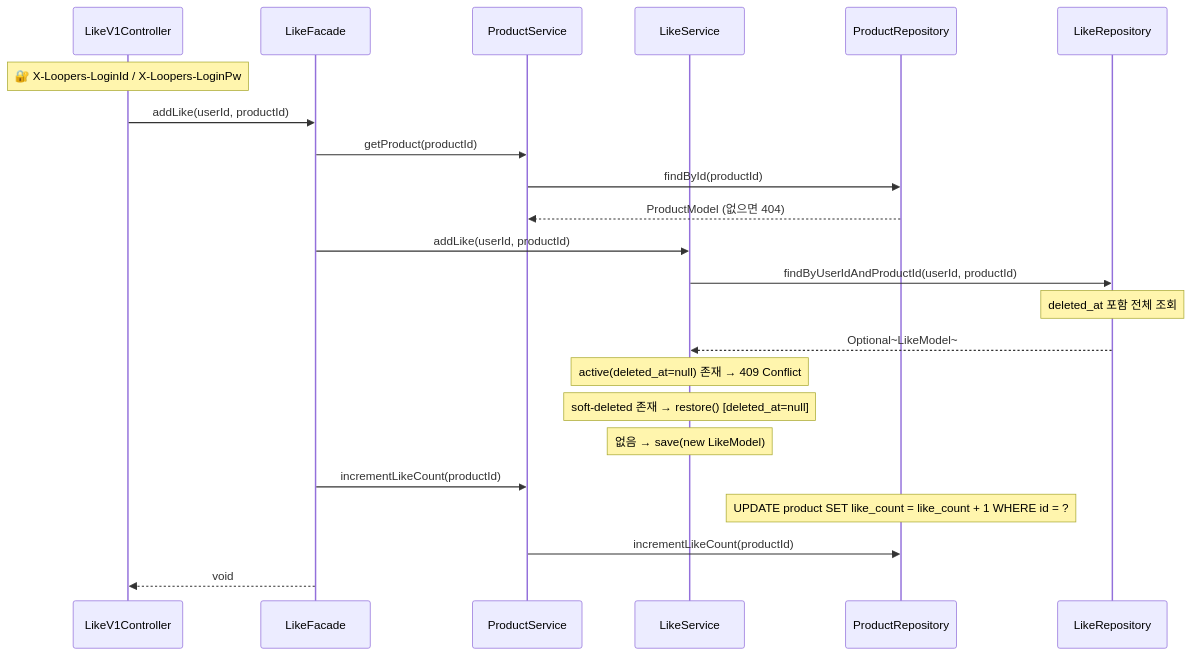
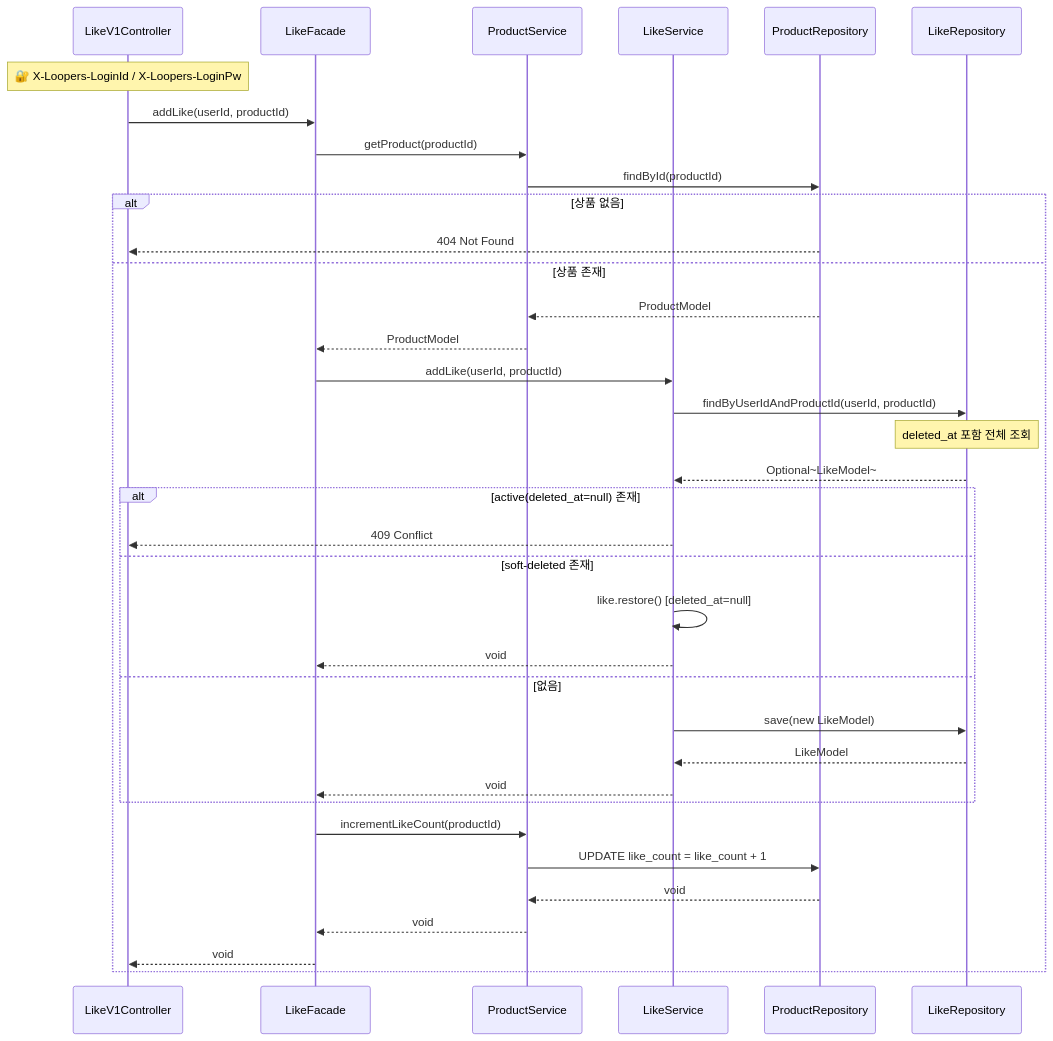
Before and after one commit to loopers-labs/loop-pack-be-l2-vol4-java: the seventh of 10 diagrams in docs/v3/sequence.md, drawn with Mermaid.

Commit message:
docs: 좋아요 등록 시퀀스 다이어그램 조건 분기 명시화

````diff
--- a/docs/v3/sequence.md
+++ b/docs/v3/sequence.md
@@ -162,29 +162,44 @@
 ```mermaid
 sequenceDiagram
     Note over LikeV1Controller: 🔐 X-Loopers-LoginId / X-Loopers-LoginPw
     participant LikeV1Controller
     participant LikeFacade
     participant ProductService
     participant LikeService
     participant ProductRepository
     participant LikeRepository
 
     LikeV1Controller->>LikeFacade: addLike(userId, productId)
     LikeFacade->>ProductService: getProduct(productId)
     ProductService->>ProductRepository: findById(productId)
-    ProductRepository-->>ProductService: ProductModel (없으면 404)
 
-    LikeFacade->>LikeService: addLike(userId, productId)
-    LikeService->>LikeRepository: findByUserIdAndProductId(userId, productId)
-    Note over LikeRepository: deleted_at 포함 전체 조회
-    LikeRepository-->>LikeService: Optional~LikeModel~
-    Note over LikeService: active(deleted_at=null) 존재 → 409 Conflict
-    Note over LikeService: soft-deleted 존재 → restore() [deleted_at=null]
-    Note over LikeService: 없음 → save(new LikeModel)
+    alt 상품 없음
+        ProductRepository-->>LikeV1Controller: 404 Not Found
+    else 상품 존재
+        ProductRepository-->>ProductService: ProductModel
+        ProductService-->>LikeFacade: ProductModel
 
-    LikeFacade->>ProductService: incrementLikeCount(productId)
-    Note over ProductRepository: UPDATE product SET like_count = like_count + 1 WHERE id = ?
-    ProductService->>ProductRepository: incrementLikeCount(productId)
+        LikeFacade->>LikeService: addLike(userId, productId)
+        LikeService->>LikeRepository: findByUserIdAndProductId(userId, productId)
+        Note over LikeRepository: deleted_at 포함 전체 조회
+        LikeRepository-->>LikeService: Optional~LikeModel~
 
-    LikeFacade-->>LikeV1Controller: void
+        alt active(deleted_at=null) 존재
+            LikeService-->>LikeV1Controller: 409 Conflict
+        else soft-deleted 존재
+            LikeService->>LikeService: like.restore() [deleted_at=null]
+            LikeService-->>LikeFacade: void
+        else 없음
+            LikeService->>LikeRepository: save(new LikeModel)
+            LikeRepository-->>LikeService: LikeModel
+            LikeService-->>LikeFacade: void
+        end
+
+        LikeFacade->>ProductService: incrementLikeCount(productId)
+        ProductService->>ProductRepository: UPDATE like_count = like_count + 1
+        ProductRepository-->>ProductService: void
+        ProductService-->>LikeFacade: void
+
+        LikeFacade-->>LikeV1Controller: void
+    end
 ```
````
